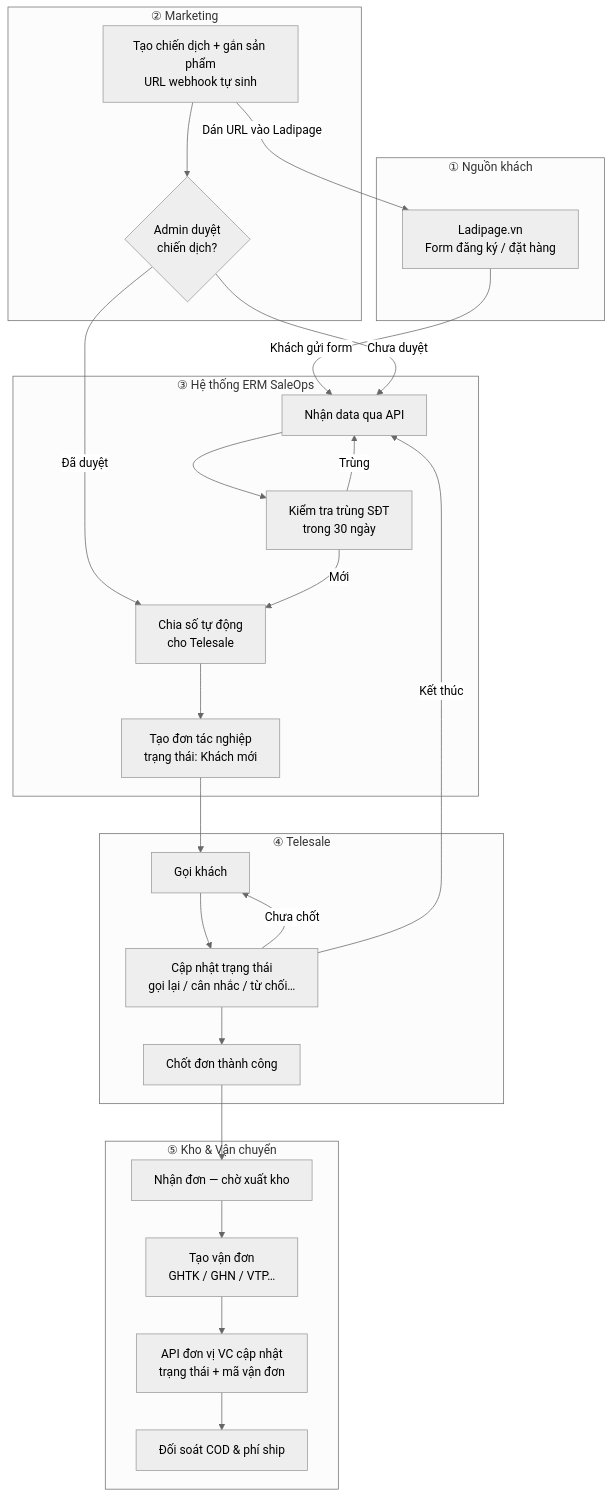
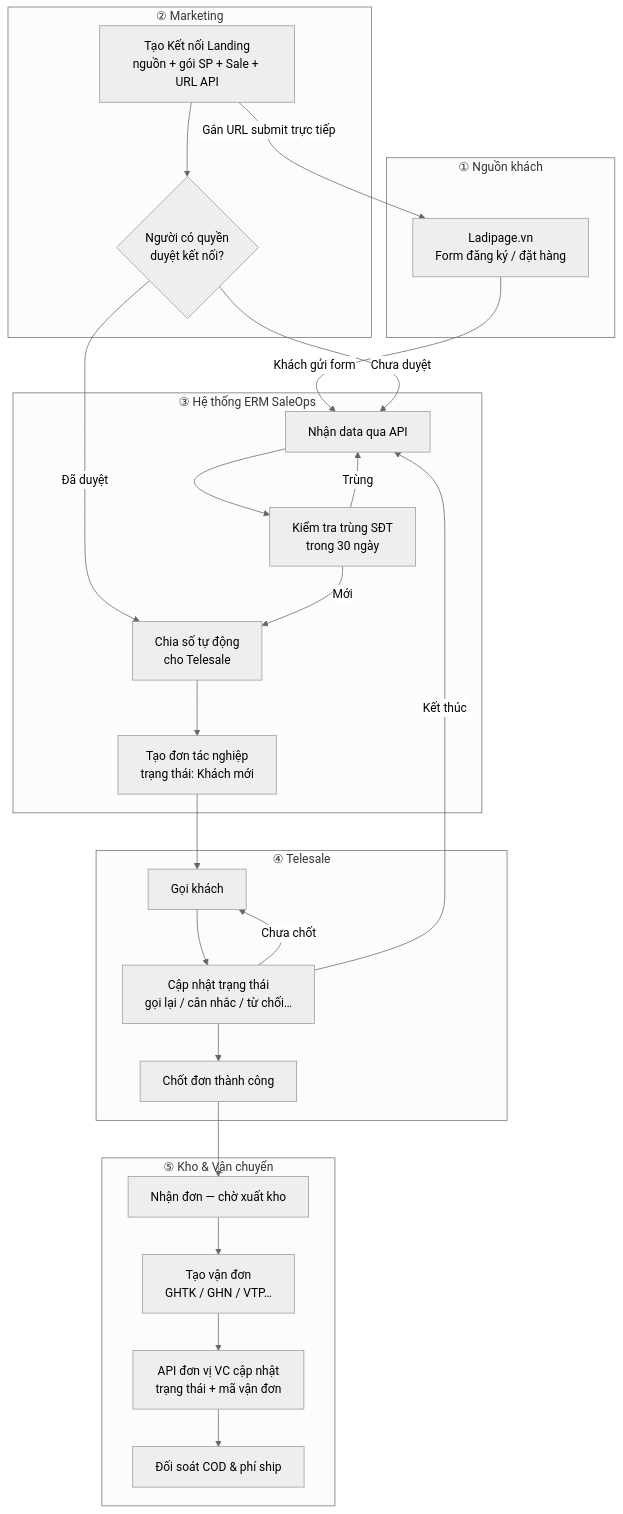
One commit to binhchay1/erm-pushsale changed the diagram in docs/BUSINESS_WORKFLOW.md. Above: the diagram before and after it, drawn with Mermaid (neutral theme). The commit also changed other lines of this file and 220 other files, not shown here.

````diff
--- a/docs/BUSINESS_WORKFLOW.md
+++ b/docs/BUSINESS_WORKFLOW.md
@@ -38,50 +38,50 @@
 ```mermaid
 flowchart TB
     subgraph Nguon["① Nguồn khách"]
         LP[Ladipage.vn<br/>Form đăng ký / đặt hàng]
     end
 
     subgraph MKT["② Marketing"]
-        Camp[Tạo chiến dịch + gắn sản phẩm<br/>URL webhook tự sinh]
-        Approve{Admin duyệt<br/>chiến dịch?}
+        Camp[Tạo Kết nối Landing<br/>nguồn + gói SP + Sale + URL API]
+        Approve{Người có quyền<br/>duyệt kết nối?}
     end
 
     subgraph HeThong["③ Hệ thống ERM SaleOps"]
         Webhook[Nhận data qua API]
         ChongTrung[Kiểm tra trùng SĐT<br/>trong 30 ngày]
         ChiaSo[Chia số tự động<br/>cho Telesale]
         DonTam[Tạo đơn tác nghiệp<br/>trạng thái: Khách mới]
     end
 
     subgraph Sale["④ Telesale"]
         Goi[Gọi khách]
         TrangThai[Cập nhật trạng thái<br/>gọi lại / cân nhắc / từ chối…]
         Chot[Chốt đơn thành công]
     end
 
     subgraph KhoVC["⑤ Kho & Vận chuyển"]
         Kho[Nhận đơn — chờ xuất kho]
         TaoVD[Tạo vận đơn<br/>GHTK / GHN / VTP…]
         API[API đơn vị VC cập nhật<br/>trạng thái + mã vận đơn]
         DoiSoat[Đối soát COD & phí ship]
     end
 
     LP -->|Khách gửi form| Webhook
-    Camp -->|Dán URL vào Ladipage| LP
+    Camp -->|Gắn URL submit trực tiếp| LP
     Camp --> Approve
     Approve -->|Chưa duyệt| Webhook
     Approve -->|Đã duyệt| ChiaSo
     Webhook --> ChongTrung
     ChongTrung -->|Trùng| Webhook
     ChongTrung -->|Mới| ChiaSo
     ChiaSo --> DonTam
     DonTam --> Goi
     Goi --> TrangThai
     TrangThai -->|Chưa chốt| Goi
     TrangThai -->|Kết thúc| Webhook
     TrangThai --> Chot
     Chot --> Kho
     Kho --> TaoVD
     TaoVD --> API
     API --> DoiSoat
 ```
````
